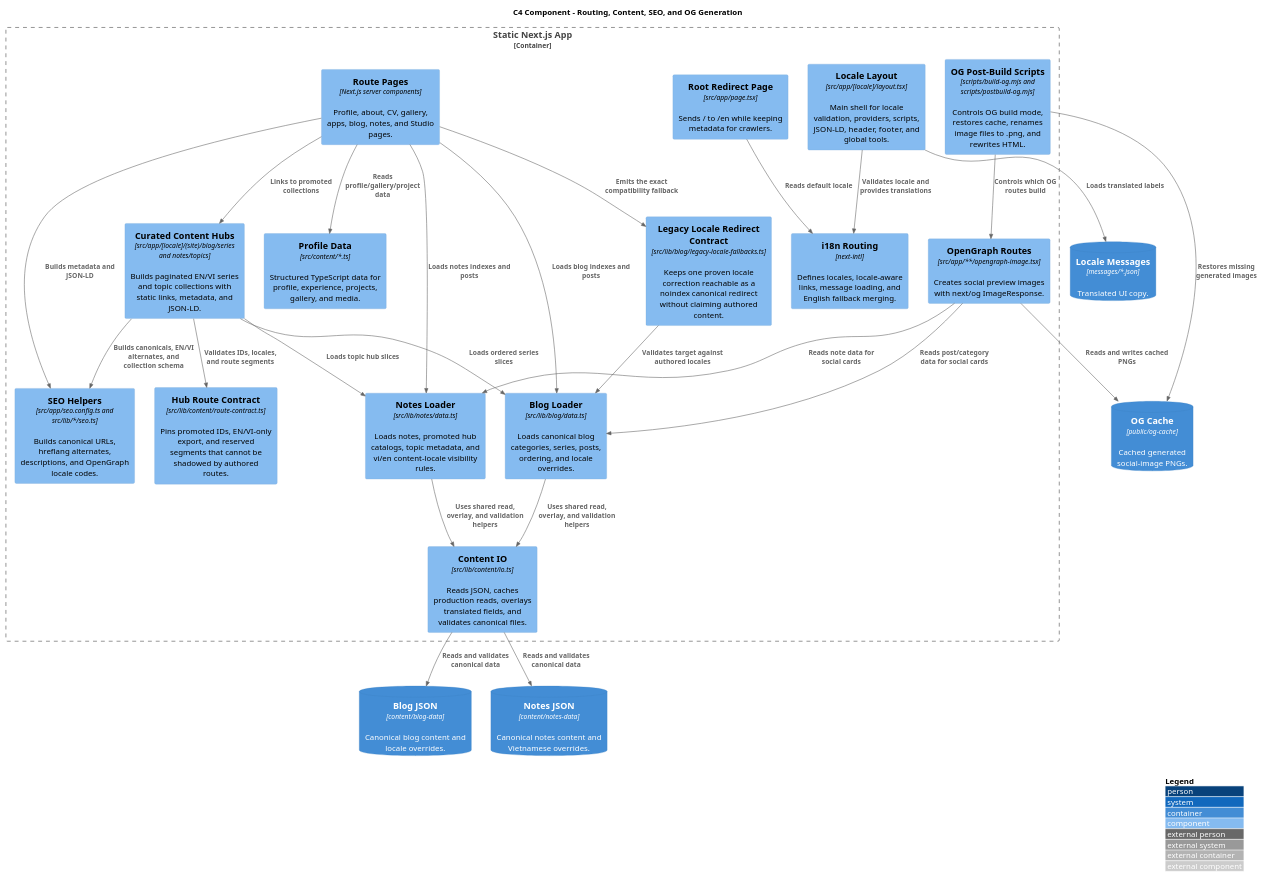
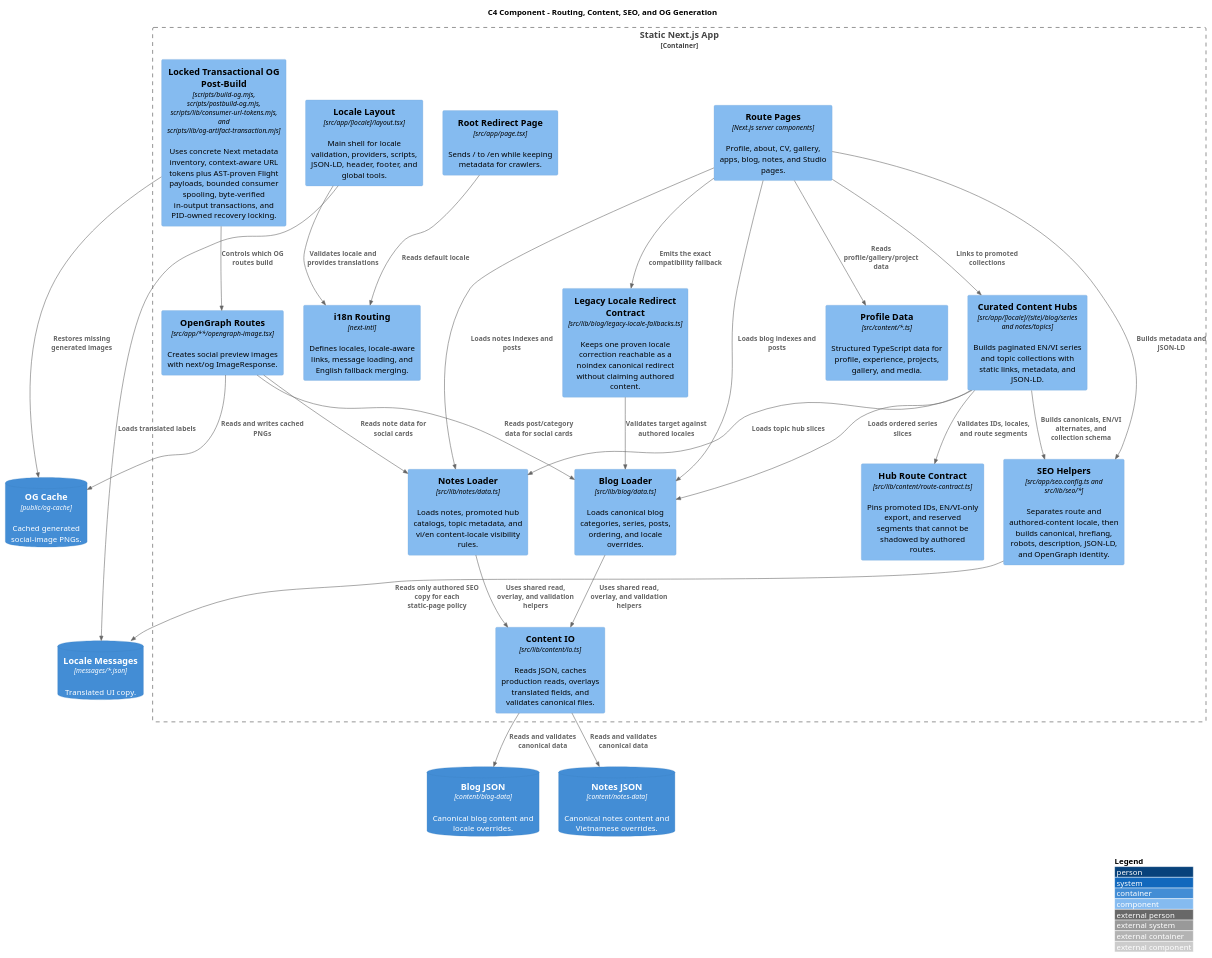
Before and after one commit to nguyenlephong/nguyenlephong.github.io: the diagram in docs/diagrams/c4-component-content.puml, drawn with PlantUML. The commit also changed 5 other files, not shown here.

Commit message:
chore(quality): align CI gates and architecture docs

```diff
--- a/docs/diagrams/c4-component-content.puml
+++ b/docs/diagrams/c4-component-content.puml
@@ -1,54 +1,55 @@
 @startuml c4_component_content
 !include https://raw.githubusercontent.com/plantuml-stdlib/C4-PlantUML/master/C4_Component.puml
 
 LAYOUT_WITH_LEGEND()
 
 title C4 Component - Routing, Content, SEO, and OG Generation
 
 Container_Boundary(app, "Static Next.js App") {
   Component(root_page, "Root Redirect Page", "src/app/page.tsx", "Sends / to /en while keeping metadata for crawlers.")
   Component(locale_layout, "Locale Layout", "src/app/[locale]/layout.tsx", "Main shell for locale validation, providers, scripts, JSON-LD, header, footer, and global tools.")
   Component(route_pages, "Route Pages", "Next.js server components", "Profile, about, CV, gallery, apps, blog, notes, and Studio pages.")
   Component(content_hubs, "Curated Content Hubs", "src/app/[locale]/(site)/blog/series and notes/topics", "Builds paginated EN/VI series and topic collections with static links, metadata, and JSON-LD.")
   Component(hub_contract, "Hub Route Contract", "src/lib/content/route-contract.ts", "Pins promoted IDs, EN/VI-only export, and reserved segments that cannot be shadowed by authored routes.")
   Component(legacy_locale, "Legacy Locale Redirect Contract", "src/lib/blog/legacy-locale-fallbacks.ts", "Keeps one proven locale correction reachable as a noindex canonical redirect without claiming authored content.")
   Component(i18n, "i18n Routing", "next-intl", "Defines locales, locale-aware links, message loading, and English fallback merging.")
   Component(content_io, "Content IO", "src/lib/content/io.ts", "Reads JSON, caches production reads, overlays translated fields, and validates canonical files.")
   Component(blog_loader, "Blog Loader", "src/lib/blog/data.ts", "Loads canonical blog categories, series, posts, ordering, and locale overrides.")
   Component(notes_loader, "Notes Loader", "src/lib/notes/data.ts", "Loads notes, promoted hub catalogs, topic metadata, and vi/en content-locale visibility rules.")
   Component(profile_data, "Profile Data", "src/content/*.ts", "Structured TypeScript data for profile, experience, projects, gallery, and media.")
-  Component(seo_helpers, "SEO Helpers", "src/app/seo.config.ts and src/lib/*/seo.ts", "Builds canonical URLs, hreflang alternates, descriptions, and OpenGraph locale codes.")
+  Component(seo_helpers, "SEO Helpers", "src/app/seo.config.ts and src/lib/seo/*", "Separates route and authored-content locale, then builds canonical, hreflang, robots, description, JSON-LD, and OpenGraph identity.")
   Component(og_routes, "OpenGraph Routes", "src/app/**/opengraph-image.tsx", "Creates social preview images with next/og ImageResponse.")
-  Component(og_scripts, "OG Post-Build Scripts", "scripts/build-og.mjs and scripts/postbuild-og.mjs", "Controls OG build mode, restores cache, renames image files to .png, and rewrites HTML.")
+  Component(og_scripts, "Locked Transactional OG Post-Build", "scripts/build-og.mjs, scripts/postbuild-og.mjs, scripts/lib/consumer-url-tokens.mjs, and scripts/lib/og-artifact-transaction.mjs", "Uses concrete Next metadata inventory, context-aware URL tokens plus AST-proven Flight payloads, bounded consumer spooling, byte-verified in-output transactions, and PID-owned recovery locking.")
 }
 
 ContainerDb(messages, "Locale Messages", "messages/*.json", "Translated UI copy.")
 ContainerDb(blog_json, "Blog JSON", "content/blog-data", "Canonical blog content and locale overrides.")
 ContainerDb(notes_json, "Notes JSON", "content/notes-data", "Canonical notes content and Vietnamese overrides.")
 ContainerDb(og_cache, "OG Cache", "public/og-cache", "Cached generated social-image PNGs.")
 
 Rel(root_page, i18n, "Reads default locale")
 Rel(locale_layout, i18n, "Validates locale and provides translations")
 Rel(locale_layout, messages, "Loads translated labels")
 Rel(route_pages, blog_loader, "Loads blog indexes and posts")
 Rel(route_pages, notes_loader, "Loads notes indexes and posts")
 Rel(route_pages, content_hubs, "Links to promoted collections")
 Rel(content_hubs, hub_contract, "Validates IDs, locales, and route segments")
 Rel(route_pages, legacy_locale, "Emits the exact compatibility fallback")
 Rel(legacy_locale, blog_loader, "Validates target against authored locales")
 Rel(content_hubs, blog_loader, "Loads ordered series slices")
 Rel(content_hubs, notes_loader, "Loads topic hub slices")
 Rel(content_hubs, seo_helpers, "Builds canonicals, EN/VI alternates, and collection schema")
 Rel(route_pages, profile_data, "Reads profile/gallery/project data")
 Rel(route_pages, seo_helpers, "Builds metadata and JSON-LD")
+Rel(seo_helpers, messages, "Reads only authored SEO copy for each static-page policy")
 Rel(blog_loader, content_io, "Uses shared read, overlay, and validation helpers")
 Rel(notes_loader, content_io, "Uses shared read, overlay, and validation helpers")
 Rel(content_io, blog_json, "Reads and validates canonical data")
 Rel(content_io, notes_json, "Reads and validates canonical data")
 Rel(og_routes, blog_loader, "Reads post/category data for social cards")
 Rel(og_routes, notes_loader, "Reads note data for social cards")
 Rel(og_routes, og_cache, "Reads and writes cached PNGs")
 Rel(og_scripts, og_routes, "Controls which OG routes build")
 Rel(og_scripts, og_cache, "Restores missing generated images")
 
 @enduml
```
